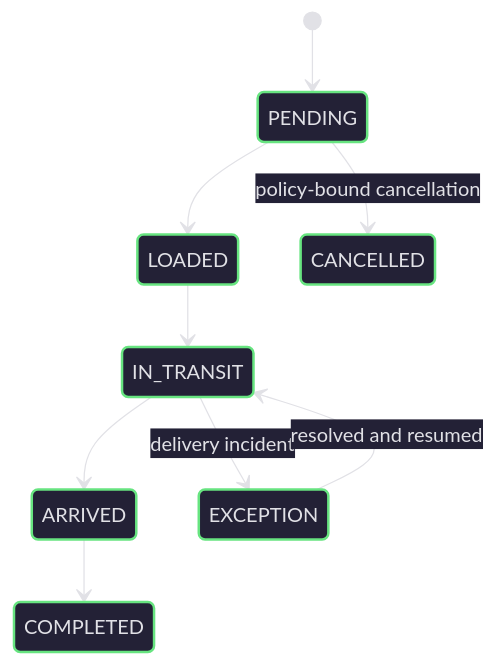
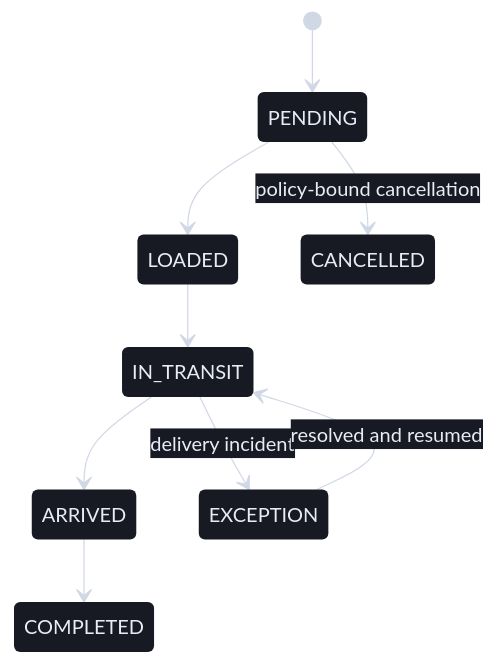
The third of 4 diagrams in README.md (CYBERSTALKER07/ATOMOS), drawn with Mermaid before and after one commit. The commit also changed other lines of this file and 13 other files, not shown here.

````diff
--- a/README.md
+++ b/README.md
@@ -212,16 +216,16 @@
 ```mermaid
-%%{init: {"theme":"base","themeVariables":{"darkMode":true,"background":"#191622","primaryColor":"#232136","primaryTextColor":"#E1E1E6","primaryBorderColor":"#78D1E1","secondaryColor":"#2A2338","secondaryTextColor":"#E1E1E6","secondaryBorderColor":"#988BC7","tertiaryColor":"#1F3026","tertiaryTextColor":"#E1E1E6","tertiaryBorderColor":"#67E480","lineColor":"#E1E1E6","textColor":"#E1E1E6","mainBkg":"#232136","nodeBorder":"#78D1E1","clusterBkg":"#232136","clusterBorder":"#988BC7","titleColor":"#E1E1E6","edgeLabelBackground":"#232136","actorBkg":"#232136","actorBorder":"#78D1E1","actorTextColor":"#E1E1E6","actorLineColor":"#E1E1E6","signalColor":"#E1E1E6","signalTextColor":"#E1E1E6","labelBoxBkgColor":"#232136","labelBoxBorderColor":"#988BC7","labelTextColor":"#E1E1E6","loopTextColor":"#E1E1E6","activationBkgColor":"#2A2338","activationBorderColor":"#988BC7","sequenceNumberColor":"#191622","stateBkg":"#232136","stateBorder":"#67E480","stateTextColor":"#E1E1E6","noteBkgColor":"#232136","noteTextColor":"#E1E1E6","noteBorderColor":"#988BC7"},"themeCSS":".edgeLabel text,.label text,.stateLabel text,.messageText,.nodeLabel{fill:#E1E1E6 !important;color:#E1E1E6 !important;} .edgeLabel rect{fill:#232136 !important;opacity:1 !important;}"}}%%
+%%{init: {"theme":"base","themeVariables":{"darkMode":true,"background":"#000000","primaryColor":"#171923","primaryTextColor":"#E8ECF6","primaryBorderColor":"#000000","secondaryColor":"#1F2430","secondaryTextColor":"#E8ECF6","secondaryBorderColor":"#000000","tertiaryColor":"#222A35","tertiaryTextColor":"#E8ECF6","tertiaryBorderColor":"#000000","lineColor":"#D1D8E5","textColor":"#E8ECF6","mainBkg":"#171923","nodeBorder":"#000000","clusterBkg":"#171923","clusterBorder":"#000000","titleColor":"#E8ECF6","edgeLabelBackground":"#171923","actorBkg":"#171923","actorBorder":"#000000","actorTextColor":"#E8ECF6","actorLineColor":"#D1D8E5","signalColor":"#D1D8E5","signalTextColor":"#E8ECF6","labelBoxBkgColor":"#171923","labelBoxBorderColor":"#000000","labelTextColor":"#E8ECF6","loopTextColor":"#E8ECF6","activationBkgColor":"#242B38","activationBorderColor":"#000000","sequenceNumberColor":"#000000","stateBkg":"#171923","stateBorder":"#000000","stateTextColor":"#E8ECF6","noteBkgColor":"#171923","noteTextColor":"#E8ECF6","noteBorderColor":"#000000"},"themeCSS":".edgeLabel text,.label text,.stateLabel text,.messageText,.nodeLabel{fill:#E8ECF6 !important;color:#E8ECF6 !important;} rect,.actor,.note,.labelBox,.edgeLabel rect{stroke:none !important;rx:40px !important;ry:40px !important;} .edgeLabel rect{fill:rgba(255,255,255,0.12) !important;opacity:1 !important;} .messageLine0,.messageLine1,.loopLine{stroke:#D1D8E5 !important;} .stateGroup circle,.stateGroup rect,.statediagram-state rect{stroke:none !important;}"}}%%
 stateDiagram-v2
    [*] --> PENDING
    PENDING --> LOADED
    LOADED --> IN_TRANSIT
    IN_TRANSIT --> ARRIVED
    ARRIVED --> COMPLETED
 
    PENDING --> CANCELLED: policy-bound cancellation
    IN_TRANSIT --> EXCEPTION: delivery incident
    EXCEPTION --> IN_TRANSIT: resolved and resumed
 
-   classDef omniState fill:#232136,stroke:#67E480,color:#E1E1E6,stroke-width:2px
+   classDef omniState fill:#171923,stroke:none,color:#E8ECF6,stroke-width:0px
    class PENDING,LOADED,IN_TRANSIT,ARRIVED,COMPLETED,CANCELLED,EXCEPTION omniState
 ```
````
